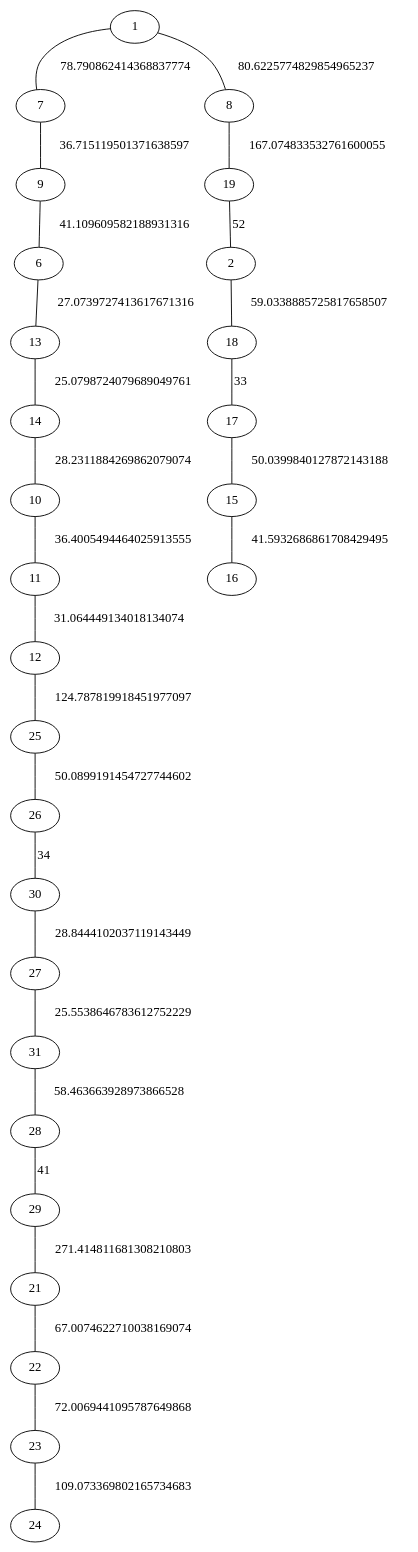
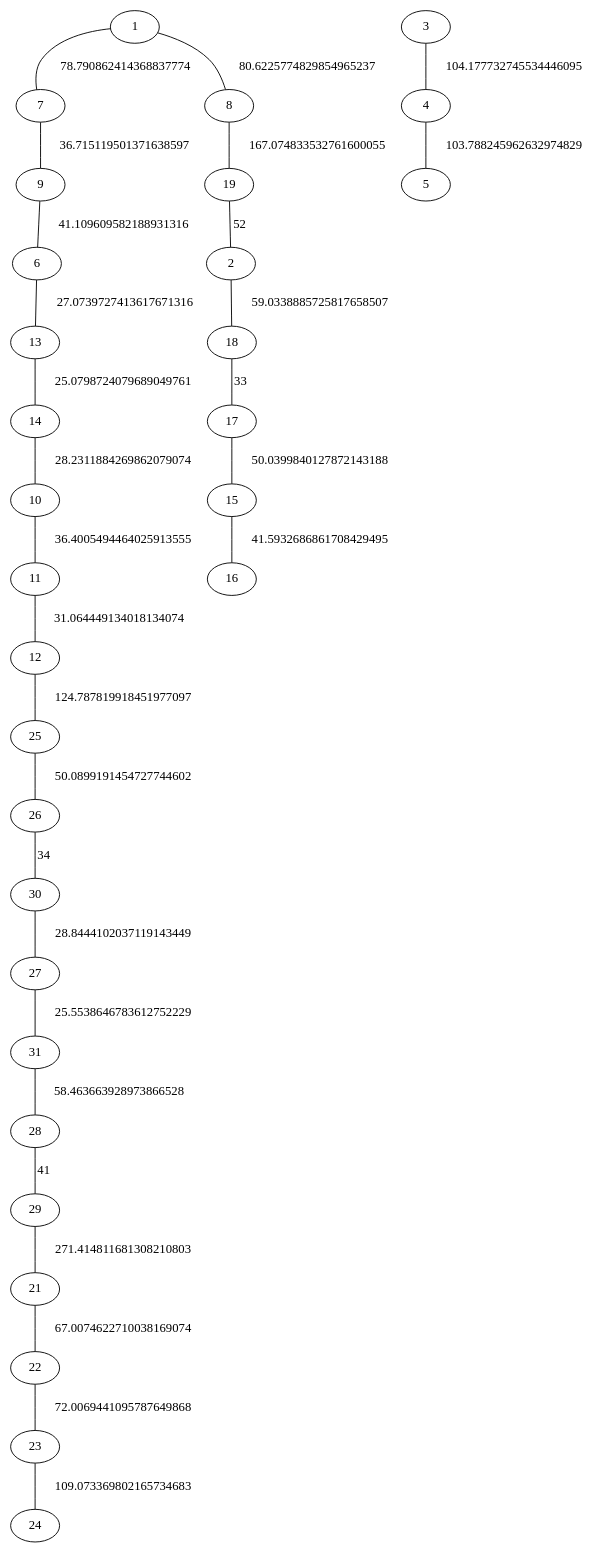
The diagram in prova/fig/Euclid301_GRF_dcmst_prim_2.dot (TiagoJustino/graph_mst), drawn with Graphviz before and after one commit. The commit also changed 6 other files, not shown here.

```diff
--- a/prova/fig/Euclid301_GRF_dcmst_prim_2.dot
+++ b/prova/fig/Euclid301_GRF_dcmst_prim_2.dot
@@ -1,28 +1,30 @@
 graph {
 "1" -- "7" [label="78.790862414368837774"]
 "7" -- "9" [label="36.715119501371638597"]
 "9" -- "6" [label="41.109609582188931316"]
 "6" -- "13" [label="27.0739727413617671316"]
 "13" -- "14" [label="25.0798724079689049761"]
 "14" -- "10" [label="28.2311884269862079074"]
 "10" -- "11" [label="36.4005494464025913555"]
 "11" -- "12" [label="31.064449134018134074"]
 "1" -- "8" [label="80.6225774829854965237"]
 "12" -- "25" [label="124.787819918451977097"]
 "25" -- "26" [label="50.0899191454727744602"]
 "26" -- "30" [label="34"]
 "30" -- "27" [label="28.8444102037119143449"]
 "27" -- "31" [label="25.5538646783612752229"]
 "31" -- "28" [label="58.463663928973866528"]
 "28" -- "29" [label="41"]
 "8" -- "19" [label="167.074833532761600055"]
 "19" -- "2" [label="52"]
 "2" -- "18" [label="59.0338885725817658507"]
 "18" -- "17" [label="33"]
 "17" -- "15" [label="50.0399840127872143188"]
 "15" -- "16" [label="41.5932686861708429495"]
 "29" -- "21" [label="271.414811681308210803"]
 "21" -- "22" [label="67.0074622710038169074"]
 "22" -- "23" [label="72.0069441095787649868"]
 "23" -- "24" [label="109.073369802165734683"]
+"3" -- "4" [label="104.177732745534446095"]
+"4" -- "5" [label="103.788245962632974829"]
 }
```
